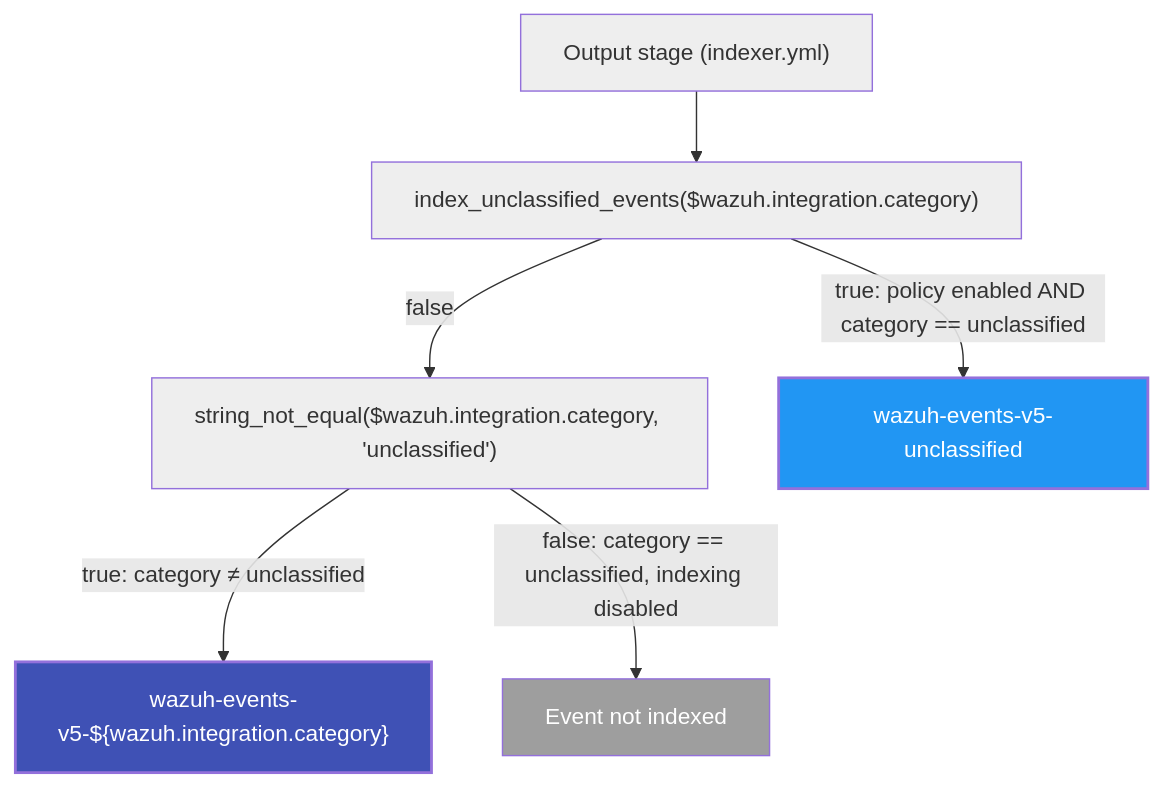
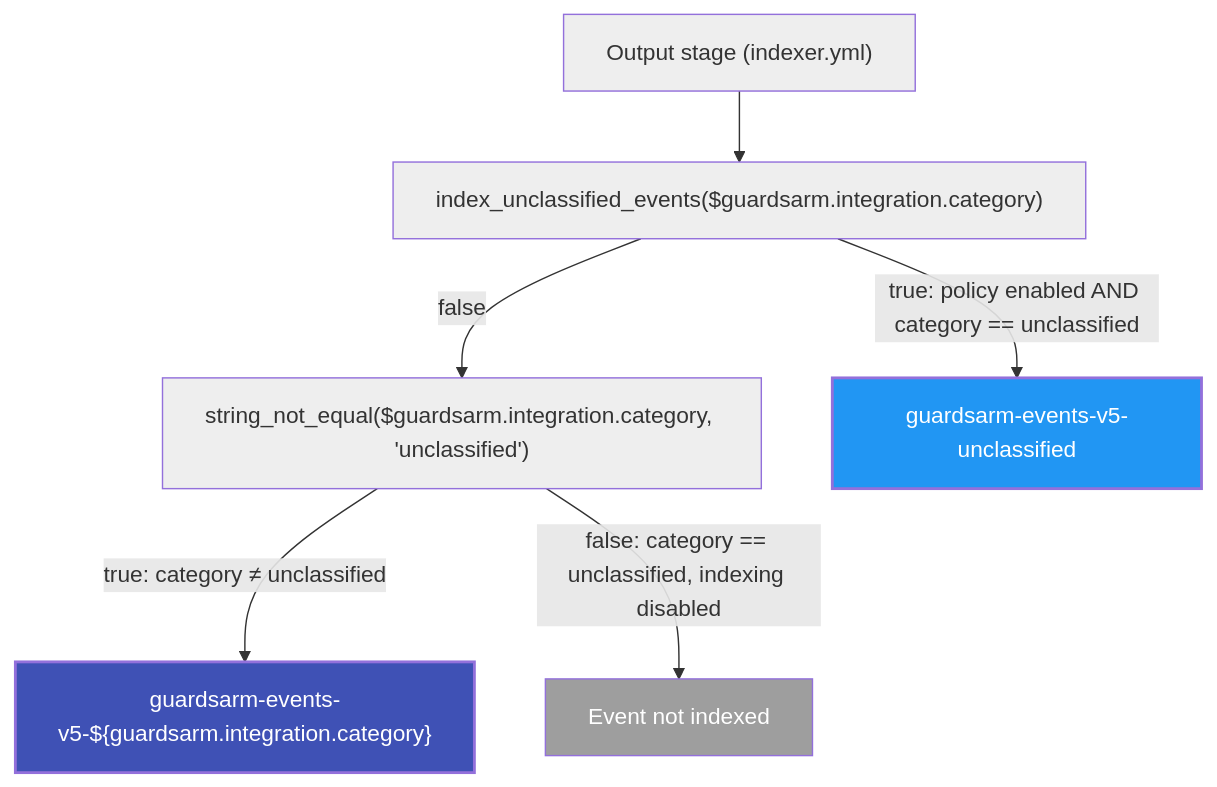
One commit to guardsarm/guardsarm changed diagram 13 of 20 in docs/ref/modules/engine/README.md. Above: the diagram before and after it, drawn with Mermaid. The commit also changed other lines of this file and 4082 other files, not shown here.

````diff
--- a/docs/ref/modules/engine/README.md
+++ b/docs/ref/modules/engine/README.md
@@ -882,21 +882,21 @@
 ```mermaid
 flowchart TD
 
 classDef cond fill:#eeeeee,stroke-width:1px
 classDef yes fill:#2196f3,stroke-width:2px,color:#fff
 classDef alt fill:#3f51b5,stroke-width:2px,color:#fff
 classDef skip fill:#9e9e9e,stroke-width:1px,color:#fff
 
 start["Output stage (indexer.yml)"]:::cond
-check1["index_unclassified_events($wazuh.integration.category)"]:::cond
-check2["string_not_equal($wazuh.integration.category, 'unclassified')"]:::cond
-unclassified["wazuh-events-v5-unclassified"]:::yes
-classified["wazuh-events-v5-${wazuh.integration.category}"]:::alt
+check1["index_unclassified_events($guardsarm.integration.category)"]:::cond
+check2["string_not_equal($guardsarm.integration.category, 'unclassified')"]:::cond
+unclassified["guardsarm-events-v5-unclassified"]:::yes
+classified["guardsarm-events-v5-${guardsarm.integration.category}"]:::alt
 dropped["Event not indexed"]:::skip
 
 start --> check1
 check1 -->|"true: policy enabled AND category == unclassified"| unclassified
 check1 -->|"false"| check2
 check2 -->|"true: category ≠ unclassified"| classified
 check2 -->|"false: category == unclassified, indexing disabled"| dropped
 ```
````
